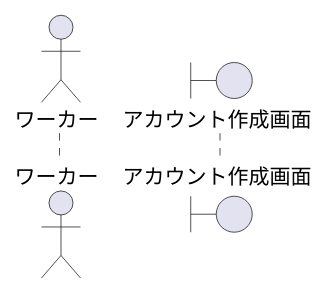
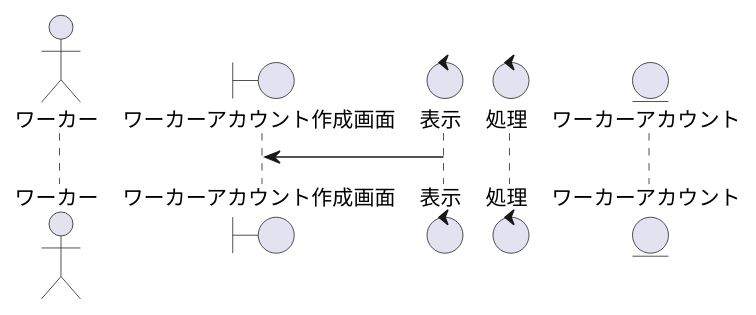
The diagram in sequence_fig/1_login_fn/1_ワーカーのアカウントを作成する.pu (irukacb256/high_Me), drawn with PlantUML before and after one commit. The commit also changed 5 other files, not shown here.

```diff
--- a/sequence_fig/1_login_fn/1_ワーカーのアカウントを作成する.pu
+++ b/sequence_fig/1_login_fn/1_ワーカーのアカウントを作成する.pu
@@ -1,12 +1,15 @@
 @startuml ワーカーのアカウントを作成する
 
 ' 1
 actor ワーカー as wo1
 
-boundary アカウント作成画面 as acv
+boundary ワーカーアカウント作成画面 as wav1
+control 表示 as co1
 
+control 処理 as co2
 
+entity ワーカーアカウント as ac1
 ' 2
-
+co1 -> wav1 : 
 
 @enduml
```
